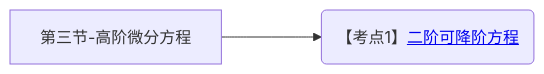
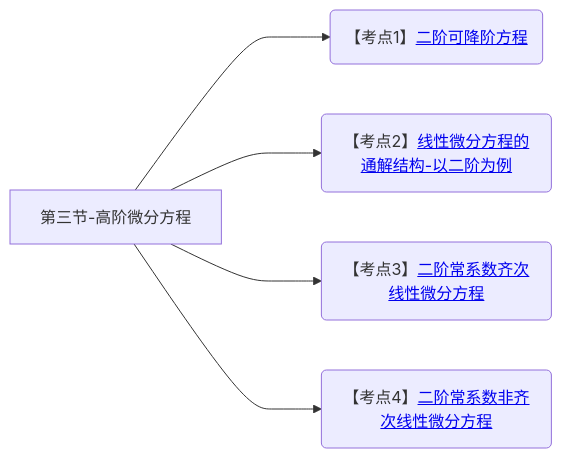
Diagram 25 of 25 in 笔记/数学/周洋鑫/01.基础班思维导图.md (yuebinghui/note), drawn with Mermaid before and after one commit. The commit also changed other lines of this file and 3 other files, not shown here.

````diff
--- a/笔记/数学/周洋鑫/01.基础班思维导图.md
+++ b/笔记/数学/周洋鑫/01.基础班思维导图.md
@@ -858,9 +858,14 @@
 ```mermaid
 graph LR
 第三节-高阶微分方程
 
 第三节-高阶微分方程--->二阶可降阶方程(【考点1】<a href="/Users/yuebinghui/Documents/program/github/note/笔记/数学/周洋鑫/基础班/28.微分方程_2.md#二阶可降阶方程">二阶可降阶方程</>)
 
+第三节-高阶微分方程--->线性微分方程的通解结构-以二阶为例(【考点2】<a href="/Users/yuebinghui/Documents/program/github/note/笔记/数学/周洋鑫/基础班/28.微分方程_2.md#线性微分方程的通解结构-以二阶为例">线性微分方程的通解结构-以二阶为例</>)
+
+第三节-高阶微分方程--->二阶常系数齐次线性微分方程(【考点3】<a href="/Users/yuebinghui/Documents/program/github/note/笔记/数学/周洋鑫/基础班/28.微分方程_2.md#二阶常系数齐次线性微分方程">二阶常系数齐次线性微分方程</>)
+
+第三节-高阶微分方程--->二阶常系数非齐次线性微分方程(【考点4】<a href="/Users/yuebinghui/Documents/program/github/note/笔记/数学/周洋鑫/基础班/28.微分方程_2.md#二阶常系数非齐次线性微分方程">二阶常系数非齐次线性微分方程</>)
 
 
 ```
````
